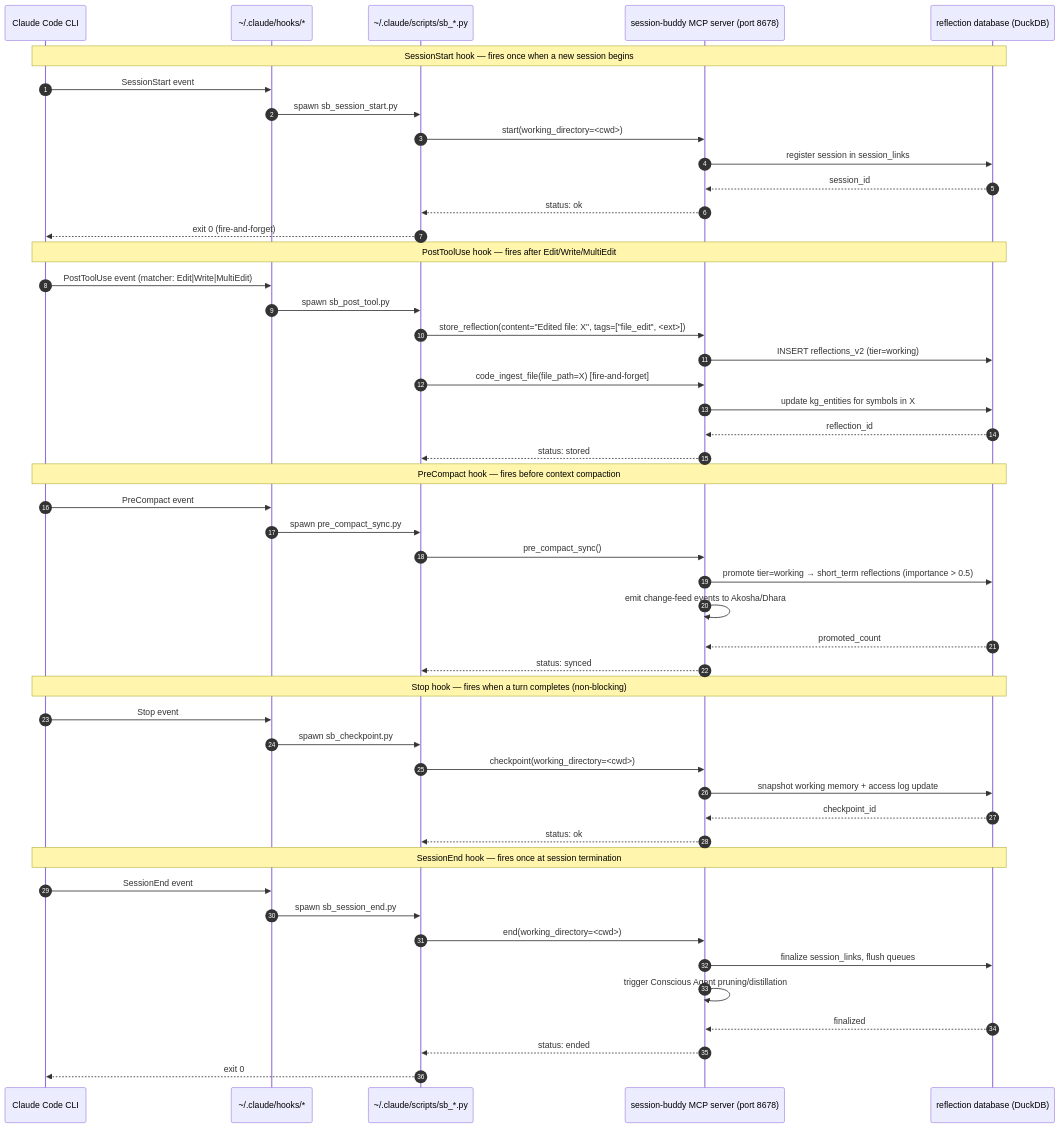
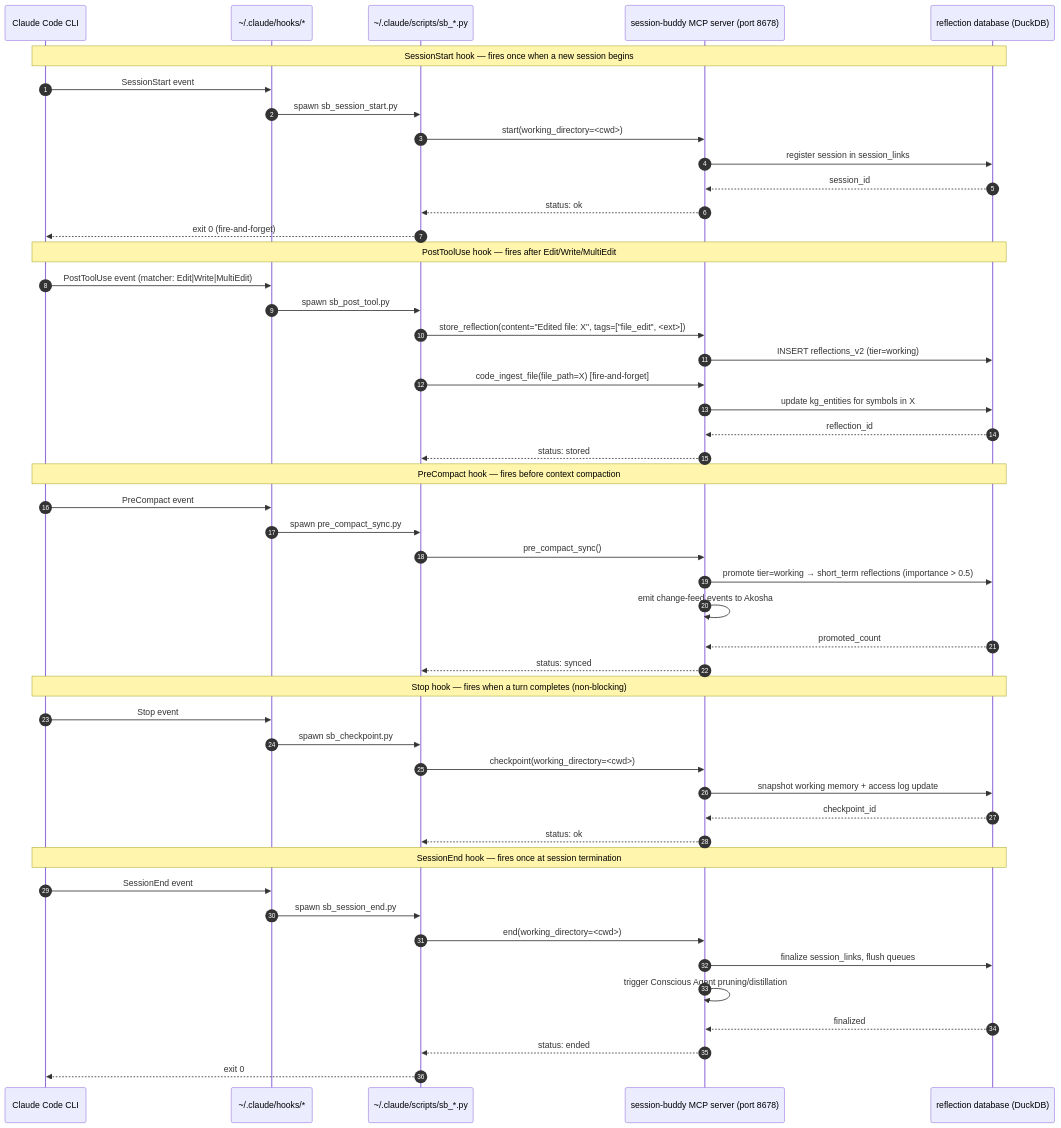
The second of 2 diagrams in docs/architecture/MEMORY_ARCHITECTURE.md (lesleslie/session-buddy), drawn with Mermaid before and after one commit. The commit also changed other lines of this file and 9 other files, not shown here.

````diff
--- a/docs/architecture/MEMORY_ARCHITECTURE.md
+++ b/docs/architecture/MEMORY_ARCHITECTURE.md
@@ -216,55 +216,55 @@
 ```mermaid
 sequenceDiagram
     autonumber
     participant CC as Claude Code CLI
     participant HK as ~/.claude/hooks/*
     participant SCR as ~/.claude/scripts/sb_*.py
     participant MCP as session-buddy MCP server (port 8678)
     participant DB as reflection database (DuckDB)
 
     Note over CC,DB: SessionStart hook — fires once when a new session begins
     CC->>HK: SessionStart event
     HK->>SCR: spawn sb_session_start.py
     SCR->>MCP: start(working_directory=<cwd>)
     MCP->>DB: register session in session_links
     DB-->>MCP: session_id
     MCP-->>SCR: status: ok
     SCR-->>CC: exit 0 (fire-and-forget)
 
     Note over CC,DB: PostToolUse hook — fires after Edit/Write/MultiEdit
     CC->>HK: PostToolUse event (matcher: Edit|Write|MultiEdit)
     HK->>SCR: spawn sb_post_tool.py
     SCR->>MCP: store_reflection(content="Edited file: X", tags=["file_edit", <ext>])
     MCP->>DB: INSERT reflections_v2 (tier=working)
     SCR->>MCP: code_ingest_file(file_path=X) [fire-and-forget]
     MCP->>DB: update kg_entities for symbols in X
     DB-->>MCP: reflection_id
     MCP-->>SCR: status: stored
 
     Note over CC,DB: PreCompact hook — fires before context compaction
     CC->>HK: PreCompact event
     HK->>SCR: spawn pre_compact_sync.py
     SCR->>MCP: pre_compact_sync()
     MCP->>DB: promote tier=working → short_term reflections (importance > 0.5)
-    MCP->>MCP: emit change-feed events to Akosha/Dhara
+    MCP->>MCP: emit change-feed events to Akosha
     DB-->>MCP: promoted_count
     MCP-->>SCR: status: synced
 
     Note over CC,DB: Stop hook — fires when a turn completes (non-blocking)
     CC->>HK: Stop event
     HK->>SCR: spawn sb_checkpoint.py
     SCR->>MCP: checkpoint(working_directory=<cwd>)
     MCP->>DB: snapshot working memory + access log update
     DB-->>MCP: checkpoint_id
     MCP-->>SCR: status: ok
 
     Note over CC,DB: SessionEnd hook — fires once at session termination
     CC->>HK: SessionEnd event
     HK->>SCR: spawn sb_session_end.py
     SCR->>MCP: end(working_directory=<cwd>)
     MCP->>DB: finalize session_links, flush queues
     MCP->>MCP: trigger Conscious Agent pruning/distillation
     DB-->>MCP: finalized
     MCP-->>SCR: status: ended
     SCR-->>CC: exit 0
 ```
````
